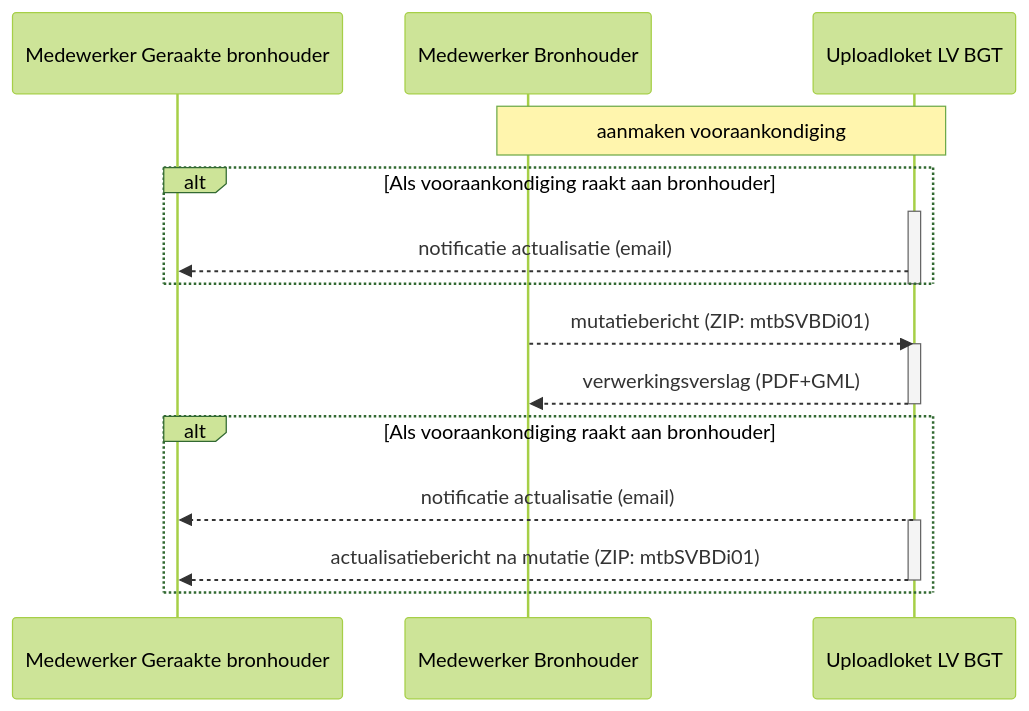
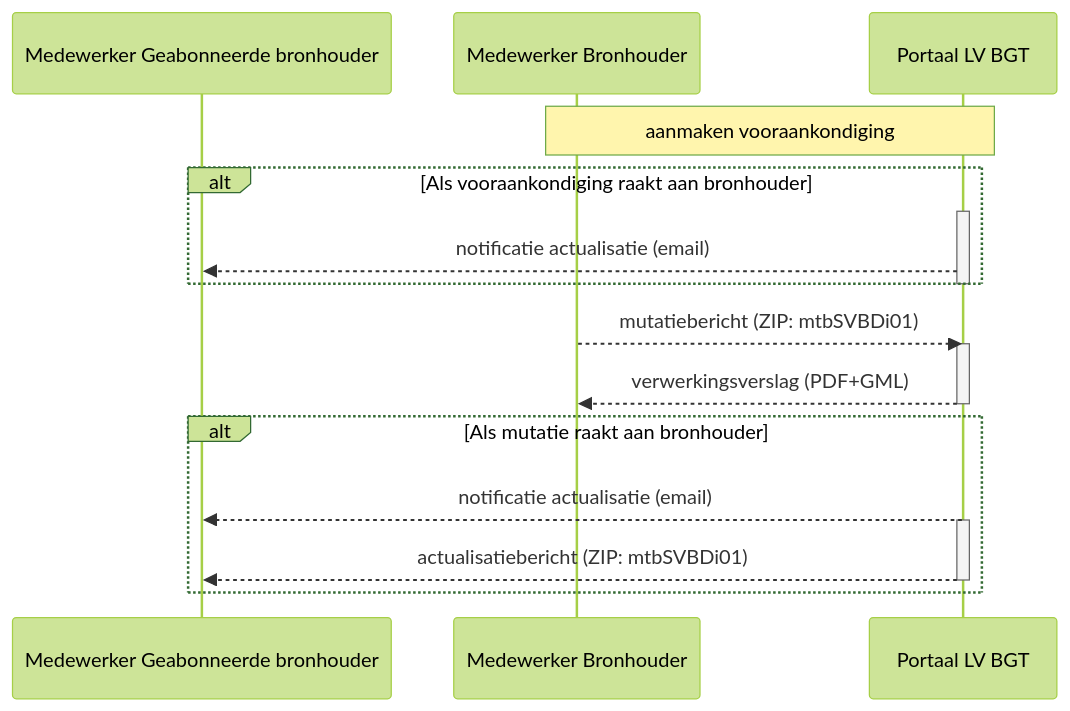
One commit to Geonovum/IMGeo changed the first of 2 diagrams in werkafspraken/bgt-berichtenverkeer/2-werkafspraak.md. Above: the diagram before and after it, drawn with Mermaid (forest theme). The commit also changed other lines of this file and 2 other files, not shown here.

```diff
--- a/werkafspraken/bgt-berichtenverkeer/2-werkafspraak.md
+++ b/werkafspraken/bgt-berichtenverkeer/2-werkafspraak.md
@@ -31,22 +67,22 @@
 <div class="mermaid">
 sequenceDiagram          
-    participant Medewerker Geraakte bronhouder    
+    participant Medewerker Geabonneerde  bronhouder    
     participant Medewerker Bronhouder  
-    participant Uploadloket LV BGT   
-    Note over Medewerker Bronhouder, Uploadloket LV BGT: aanmaken vooraankondiging
+    participant Portaal LV BGT   
+    Note over Medewerker Bronhouder, Portaal LV BGT: aanmaken vooraankondiging
     alt Als vooraankondiging raakt aan bronhouder
-    activate Uploadloket LV BGT    
-    Uploadloket LV BGT-->>Medewerker Geraakte bronhouder: notificatie actualisatie (email)
+    activate Portaal LV BGT    
+    Portaal LV BGT-->>Medewerker Geabonneerde  bronhouder: notificatie actualisatie (email)
     end
-    deactivate Uploadloket LV BGT
-    Medewerker Bronhouder-->>Uploadloket LV BGT: mutatiebericht (ZIP: mtbSVBDi01)   
-    activate Uploadloket LV BGT
-    Uploadloket LV BGT-->>Medewerker Bronhouder: verwerkingsverslag (PDF+GML)
-    deactivate Uploadloket LV BGT
-    alt Als vooraankondiging raakt aan bronhouder
-    Uploadloket LV BGT-->>Medewerker Geraakte bronhouder: notificatie actualisatie (email)
-    activate Uploadloket LV BGT
-    Uploadloket LV BGT-->>Medewerker Geraakte bronhouder: actualisatiebericht na mutatie (ZIP: mtbSVBDi01)
-    deactivate Uploadloket LV BGT
+    deactivate Portaal LV BGT
+    Medewerker Bronhouder-->>Portaal LV BGT: mutatiebericht (ZIP: mtbSVBDi01)   
+    activate Portaal LV BGT
+    Portaal LV BGT-->>Medewerker Bronhouder: verwerkingsverslag (PDF+GML)
+    deactivate Portaal LV BGT
+    alt Als mutatie raakt aan bronhouder
+    Portaal LV BGT-->>Medewerker Geabonneerde  bronhouder: notificatie actualisatie (email)
+    activate Portaal LV BGT
+    Portaal LV BGT-->>Medewerker Geabonneerde  bronhouder: actualisatiebericht (ZIP: mtbSVBDi01)
+    deactivate Portaal LV BGT
     end
 </div>
```
